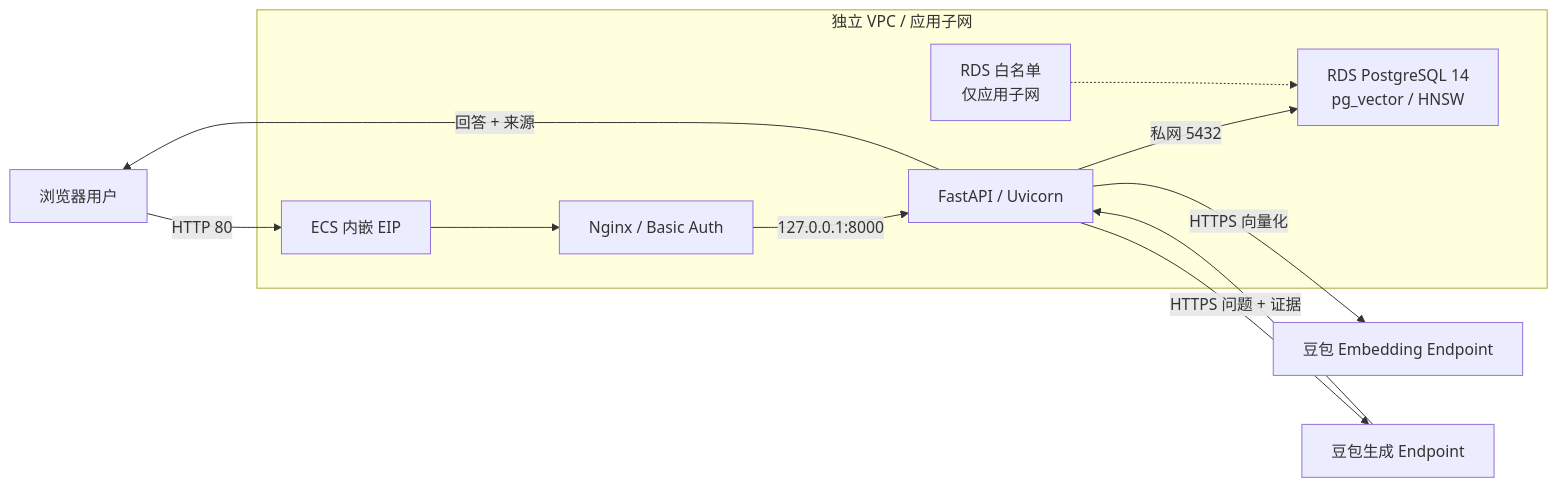
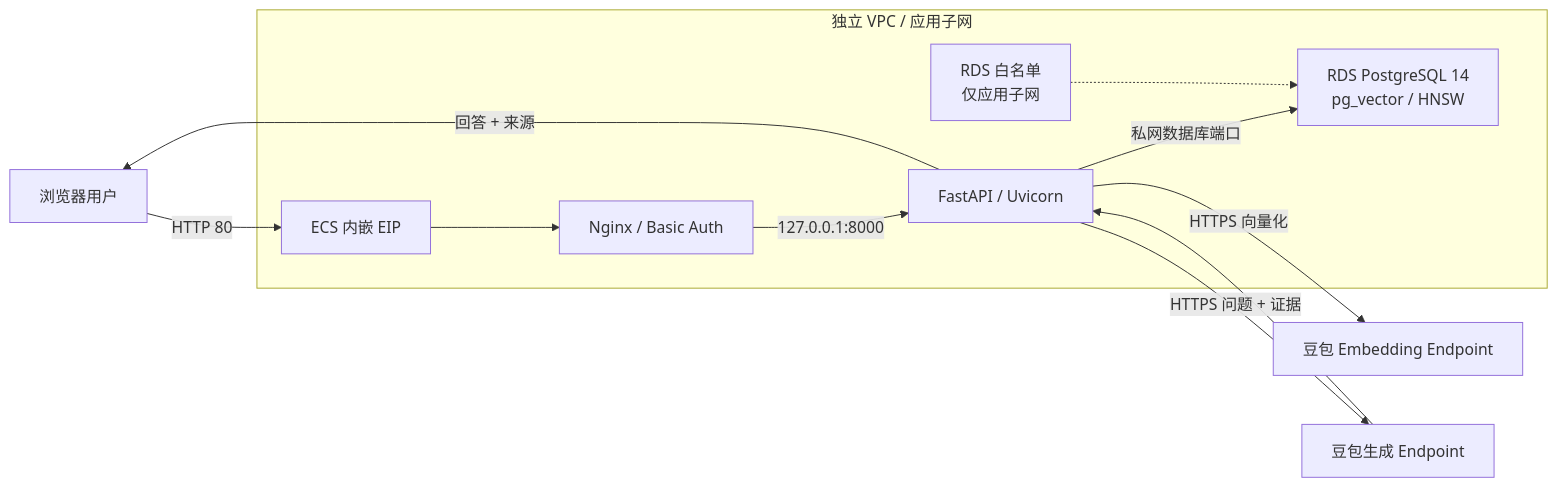
The diagram in README.zh-CN.md (terraform-volcenginecc-modules/terraform-volcenginecc-enterprise-ai-qa-system), drawn with Mermaid before and after one commit. The commit also changed other lines of this file and 1 other file, not shown here.

````diff
--- a/README.zh-CN.md
+++ b/README.zh-CN.md
@@ -21,13 +23,13 @@
 ```mermaid
 flowchart LR
   User["浏览器用户"] -->|"HTTP 80"| EIP["ECS 内嵌 EIP"]
   subgraph VPC["独立 VPC / 应用子网"]
     EIP --> Nginx["Nginx / Basic Auth"]
     Nginx -->|"127.0.0.1:8000"| App["FastAPI / Uvicorn"]
-    App -->|"私网 5432"| PG["RDS PostgreSQL 14<br/>pg_vector / HNSW"]
+    App -->|"私网数据库端口"| PG["RDS PostgreSQL 14<br/>pg_vector / HNSW"]
     ACL["RDS 白名单<br/>仅应用子网"] -.-> PG
   end
   App -->|"HTTPS 向量化"| Emb["豆包 Embedding Endpoint"]
   App -->|"HTTPS 问题 + 证据"| LLM["豆包生成 Endpoint"]
   LLM --> App -->|"回答 + 来源"| User
 ```
````
